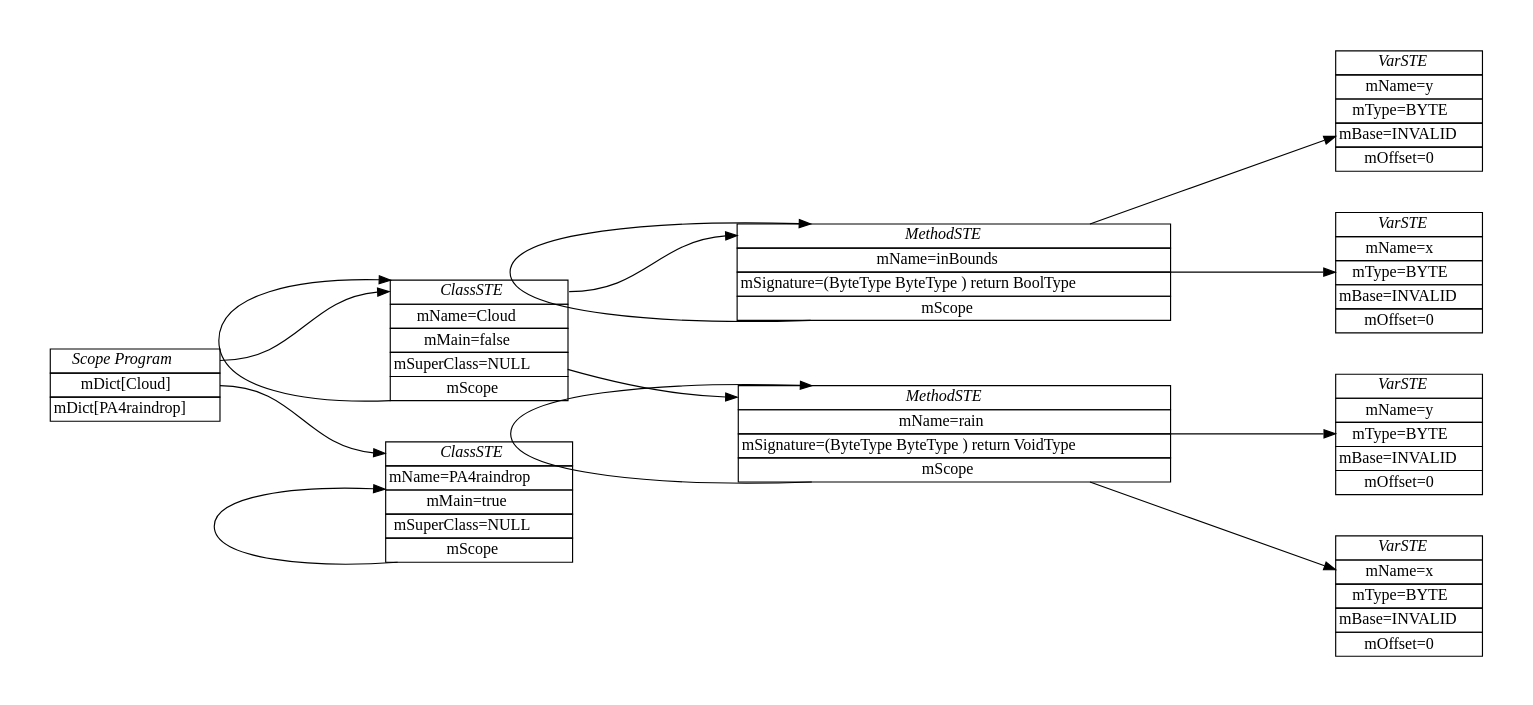
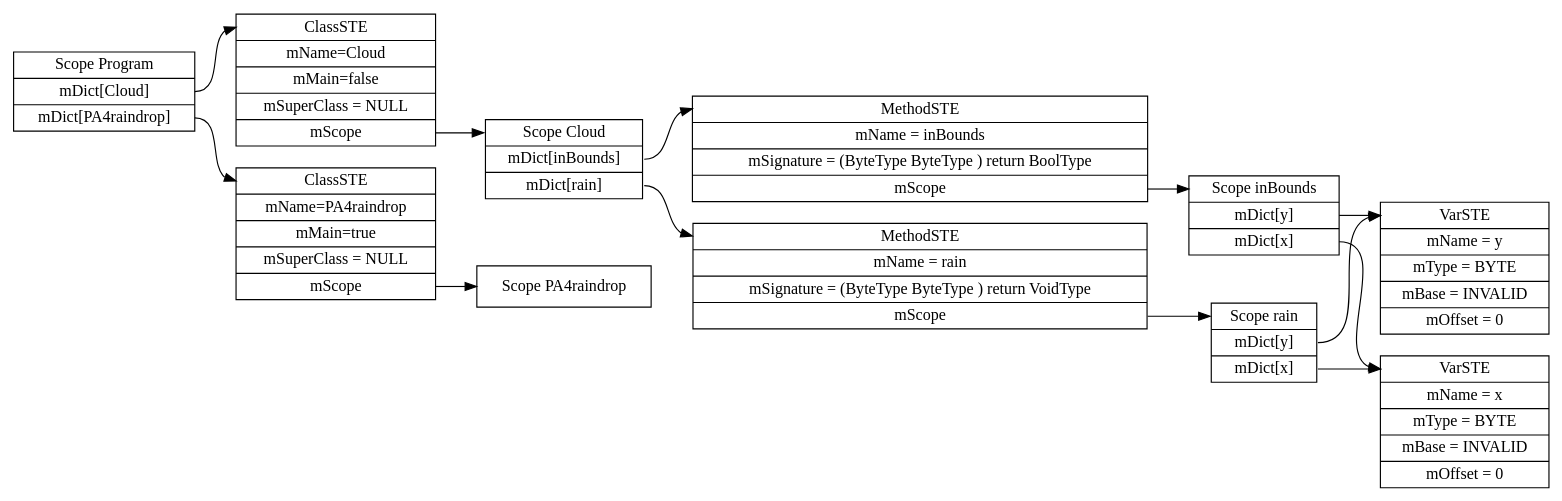
Before and after one commit to MissMeriel/CS4620-Compilers: the diagram in PA4/PA4Tests/PA4raindrop.java.ST.dot, drawn with Graphviz. The commit also changed 134 other files, not shown here.

```diff
--- a/PA4/PA4Tests/PA4raindrop.java.ST.dot
+++ b/PA4/PA4Tests/PA4raindrop.java.ST.dot
@@ -1,113 +1,42 @@
 digraph ASTGraph {
-	graph [pad="0.5", nodesep="0.5", ranksep="2"];
-	node [shape=plain]
-	rankdir=LR;
-inBounds [ label=<
-<table border="0" cellborder="1" cellspacing="0">
-	<tr><td port="inBounds0"><i>Scope inBounds</i></td></tr>
-	<tr><td port="inBounds1">mDict[y]</td></tr>
-	<tr><td port="inBounds2">mDict[x]</td></tr>
-</table>>];
+	node [shape=record];
+	graph [ rankdir="LR"];
+	scopeinBounds [ label="<f0> Scope inBounds | <f1> mDict\[y\] | <f2> mDict\[x\] "];
+	scopeinBounds:<f1> -> y:<f0>;
+	scopeinBounds:<f2> -> x:<f0>;
 
-0 [ label=<
-<table border="0" cellborder="1" cellspacing="0">
-	<tr><td port="0"><i>VarSTE</i></td></tr>
-	<tr><td>mName=y</td></tr>
-	<tr><td>mType=BYTE</td></tr>
-	<tr><td>mBase=INVALID</td></tr>
-	<tr><td>mOffset=0</td></tr>
-</table>>];
-inBounds:1 -> 0:1;
+	y [ label=" <f0> VarSTE | <f1> mName = y| <f2> mType = BYTE| <f3> mBase = INVALID| <f4> mOffset = 0"];
 
-1 [ label=<
-<table border="0" cellborder="1" cellspacing="0">
-	<tr><td port="1"><i>VarSTE</i></td></tr>
-	<tr><td>mName=x</td></tr>
-	<tr><td>mType=BYTE</td></tr>
-	<tr><td>mBase=INVALID</td></tr>
-	<tr><td>mOffset=0</td></tr>
-</table>>];
-inBounds:2 -> 1:2;
-rain [ label=<
-<table border="0" cellborder="1" cellspacing="0">
-	<tr><td port="rain0"><i>Scope rain</i></td></tr>
-	<tr><td port="rain1">mDict[y]</td></tr>
-	<tr><td port="rain2">mDict[x]</td></tr>
-</table>>];
+	x [ label=" <f0> VarSTE | <f1> mName = x| <f2> mType = BYTE| <f3> mBase = INVALID| <f4> mOffset = 0"];
+	
+	scoperain [ label="<f0> Scope rain | <f1> mDict\[y\] | <f2> mDict\[x\] "];
+	scoperain:<f1> -> y:<f0>;
+	scoperain:<f2> -> x:<f0>;
 
-2 [ label=<
-<table border="0" cellborder="1" cellspacing="0">
-	<tr><td port="2"><i>VarSTE</i></td></tr>
-	<tr><td>mName=y</td></tr>
-	<tr><td>mType=BYTE</td></tr>
-	<tr><td>mBase=INVALID</td></tr>
-	<tr><td>mOffset=0</td></tr>
-</table>>];
-rain:3 -> 2:3;
+	y [ label=" <f0> VarSTE | <f1> mName = y| <f2> mType = BYTE| <f3> mBase = INVALID| <f4> mOffset = 0"];
 
-3 [ label=<
-<table border="0" cellborder="1" cellspacing="0">
-	<tr><td port="3"><i>VarSTE</i></td></tr>
-	<tr><td>mName=x</td></tr>
-	<tr><td>mType=BYTE</td></tr>
-	<tr><td>mBase=INVALID</td></tr>
-	<tr><td>mOffset=0</td></tr>
-</table>>];
-rain:4 -> 3:4;
-Cloud [ label=<
-<table border="0" cellborder="1" cellspacing="0">
-	<tr><td port="Cloud0"><i>Scope Cloud</i></td></tr>
-	<tr><td port="Cloud1">mDict[inBounds]</td></tr>
-	<tr><td port="Cloud2">mDict[rain]</td></tr>
-</table>>];
+	x [ label=" <f0> VarSTE | <f1> mName = x| <f2> mType = BYTE| <f3> mBase = INVALID| <f4> mOffset = 0"];
+	
+	scopeCloud [ label="<f0> Scope Cloud | <f1> mDict\[inBounds\] | <f2> mDict\[rain\] "];
+	scopeCloud:<f1> -> inBounds:<f0>;
+	scopeCloud:<f2> -> rain:<f0>;
 
-inBounds [ label=<
-<table border="0" cellborder="1" cellspacing="0">
-	<tr><td port="inBounds0"><i>MethodSTE</i></td></tr>
-	<tr><td>mName=inBounds</td></tr>
-	<tr><td>mSignature=(ByteType ByteType ) return BoolType</td></tr>
-	<tr><td port="4">mScope</td></tr>
-</table>>];
-Cloud:Cloud0 -> inBounds:inBounds0;
-inBounds:4 -> inBounds:inBounds0
+	inBounds [ label=" <f0> MethodSTE | <f1> mName = inBounds| <f2> mSignature = (ByteType ByteType ) return BoolType| <f3> mScope "];
 
-rain [ label=<
-<table border="0" cellborder="1" cellspacing="0">
-	<tr><td port="rain0"><i>MethodSTE</i></td></tr>
-	<tr><td>mName=rain</td></tr>
-	<tr><td>mSignature=(ByteType ByteType ) return VoidType</td></tr>
-	<tr><td port="5">mScope</td></tr>
-</table>>];
-Cloud:Cloud1 -> rain:rain0;
-rain:5 -> rain:rain0
-PA4raindrop [ label=<
-<table border="0" cellborder="1" cellspacing="0">
-	<tr><td port="PA4raindrop0"><i>Scope PA4raindrop</i></td></tr>
-</table>>];
-Program [ label=<
-<table border="0" cellborder="1" cellspacing="0">
-	<tr><td port="Program0"><i>Scope Program</i></td></tr>
-	<tr><td port="Program1">mDict[Cloud]</td></tr>
-	<tr><td port="Program2">mDict[PA4raindrop]</td></tr>
-</table>>];
-Cloud [ label=<
-<table border="0" cellborder="1" cellspacing="0">
-	<tr><td port="Cloud0"><i>ClassSTE</i></td></tr>
-	<tr><td>mName=Cloud</td></tr>
-	<tr><td>mMain=false</td></tr>
-	<tr><td>mSuperClass=NULL</td></tr>
-	<tr><td port="6">mScope</td></tr>
-</table>>];
-Program:Program0 -> Cloud:Cloud0;
-Cloud:6 -> Cloud:Cloud0
-PA4raindrop [ label=<
-<table border="0" cellborder="1" cellspacing="0">
-	<tr><td port="PA4raindrop1"><i>ClassSTE</i></td></tr>
-	<tr><td>mName=PA4raindrop</td></tr>
-	<tr><td>mMain=true</td></tr>
-	<tr><td>mSuperClass=NULL</td></tr>
-	<tr><td port="7">mScope</td></tr>
-</table>>];
-Program:Program1 -> PA4raindrop:PA4raindrop1;
-PA4raindrop:7 -> PA4raindrop:PA4raindrop0
+	rain [ label=" <f0> MethodSTE | <f1> mName = rain| <f2> mSignature = (ByteType ByteType ) return VoidType| <f3> mScope "];
+	
+	inBounds:<f3> -> scopeinBounds:<f0>;
+	rain:<f3> -> scoperain:<f0>;
+	scopePA4raindrop [ label="<f0> Scope PA4raindrop "];
+	
+	scopeProgram [ label="<f0> Scope Program | <f1> mDict\[Cloud\] | <f2> mDict\[PA4raindrop\] "];
+	scopeProgram:<f1> -> Cloud:<f0>;
+	scopeProgram:<f2> -> PA4raindrop:<f0>;
+
+	Cloud [ label=" <f0> ClassSTE | <f1> mName=Cloud| <f2> mMain=false| <f3> mSuperClass = NULL | <f4> mScope "];
+
+	PA4raindrop [ label=" <f0> ClassSTE | <f1> mName=PA4raindrop| <f2> mMain=true| <f3> mSuperClass = NULL | <f4> mScope "];
+	
+	Cloud:<f4>  -> scopeCloud: <f0>;
+	PA4raindrop:<f4>  -> scopePA4raindrop: <f0>;
 }
```
